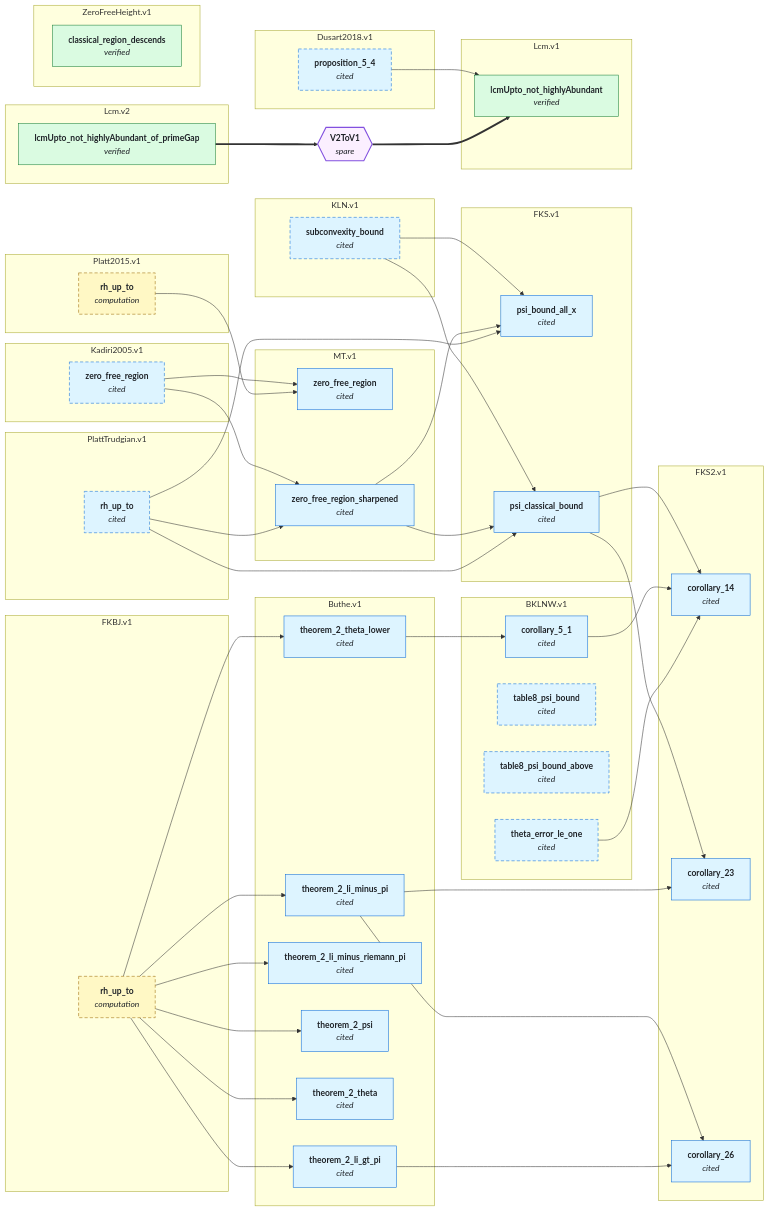
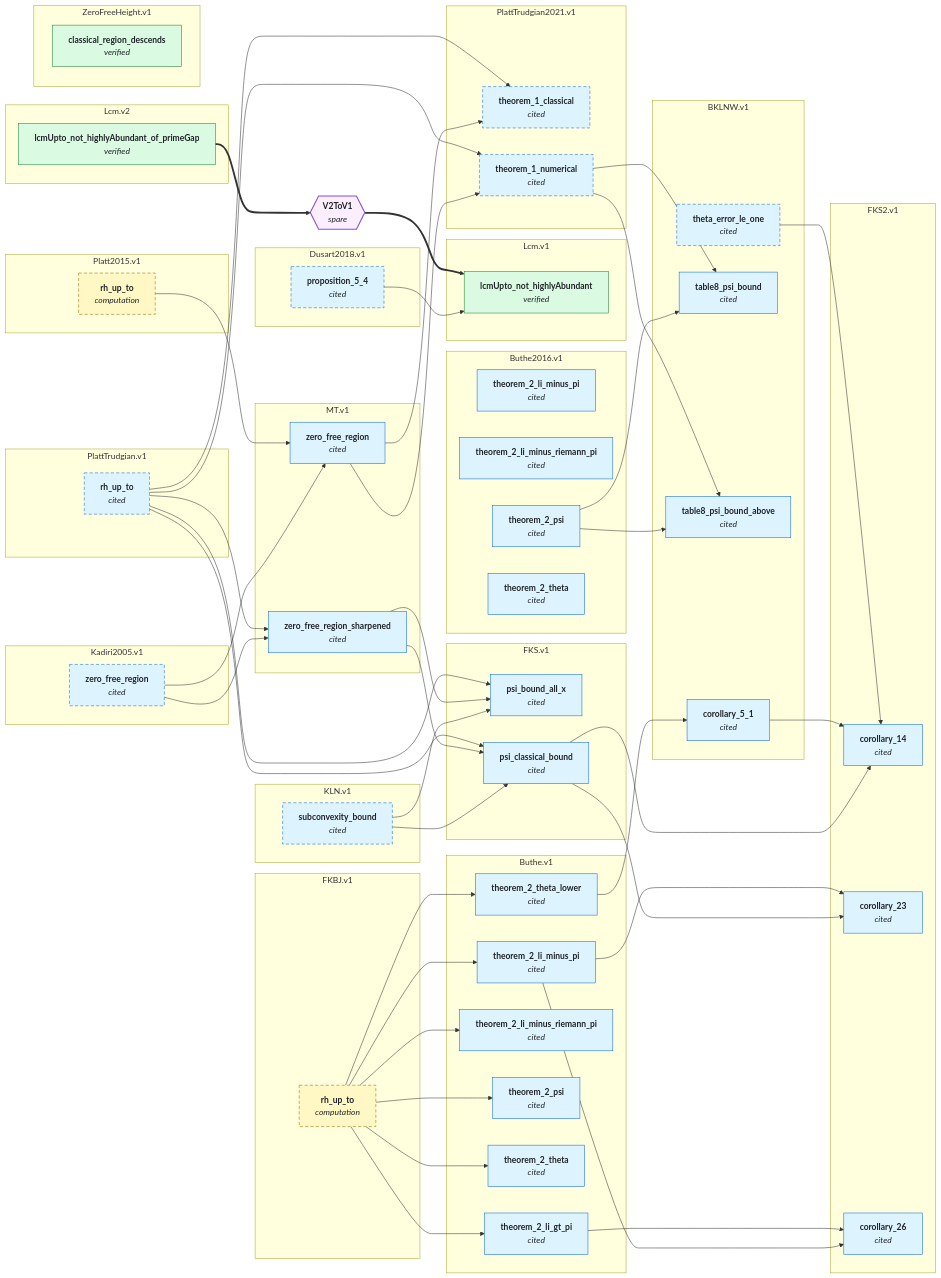
One commit to teorth/IEANTN changed the second of 2 diagrams in GRAPH.md. Above: the diagram before and after it, drawn with Mermaid. The commit also changed other lines of this file and 24 other files, not shown here.

First line of the commit message:
BKLNW: trace Table 8 to its sources, as two new nodes

````diff
--- a/GRAPH.md
+++ b/GRAPH.md
@@ -121,6 +130,12 @@
     Buthe_v1_theorem_2_psi["<b>theorem_2_psi</b><br/><i>cited</i>"]
     Buthe_v1_theorem_2_theta["<b>theorem_2_theta</b><br/><i>cited</i>"]
     Buthe_v1_theorem_2_theta_lower["<b>theorem_2_theta_lower</b><br/><i>cited</i>"]
+  end
+  subgraph sgButhe2016_v1["Buthe2016.v1"]
+    Buthe2016_v1_theorem_2_li_minus_pi["<b>theorem_2_li_minus_pi</b><br/><i>cited</i>"]
+    Buthe2016_v1_theorem_2_li_minus_riemann_pi["<b>theorem_2_li_minus_riemann_pi</b><br/><i>cited</i>"]
+    Buthe2016_v1_theorem_2_psi["<b>theorem_2_psi</b><br/><i>cited</i>"]
+    Buthe2016_v1_theorem_2_theta["<b>theorem_2_theta</b><br/><i>cited</i>"]
   end
   subgraph sgDusart2018_v1["Dusart2018.v1"]
     Dusart2018_v1_proposition_5_4["<b>proposition_5_4</b><br/><i>cited</i>"]
@@ -159,10 +174,18 @@
   subgraph sgPlattTrudgian_v1["PlattTrudgian.v1"]
     PlattTrudgian_v1_rh_up_to["<b>rh_up_to</b><br/><i>cited</i>"]
   end
+  subgraph sgPlattTrudgian2021_v1["PlattTrudgian2021.v1"]
+    PlattTrudgian2021_v1_theorem_1_classical["<b>theorem_1_classical</b><br/><i>cited</i>"]
+    PlattTrudgian2021_v1_theorem_1_numerical["<b>theorem_1_numerical</b><br/><i>cited</i>"]
+  end
   subgraph sgZeroFreeHeight_v1["ZeroFreeHeight.v1"]
     ZeroFreeHeight_v1_classical_region_descends["<b>classical_region_descends</b><br/><i>verified</i>"]
   end
   Buthe_v1_theorem_2_theta_lower --> BKLNW_v1_corollary_5_1
+  Buthe2016_v1_theorem_2_psi --> BKLNW_v1_table8_psi_bound
+  PlattTrudgian2021_v1_theorem_1_numerical --> BKLNW_v1_table8_psi_bound
+  Buthe2016_v1_theorem_2_psi --> BKLNW_v1_table8_psi_bound_above
+  PlattTrudgian2021_v1_theorem_1_numerical --> BKLNW_v1_table8_psi_bound_above
   FKBJ_v1_rh_up_to --> Buthe_v1_theorem_2_li_gt_pi
   FKBJ_v1_rh_up_to --> Buthe_v1_theorem_2_li_minus_pi
   FKBJ_v1_rh_up_to --> Buthe_v1_theorem_2_li_minus_riemann_pi
@@ -187,11 +210,13 @@
   Platt2015_v1_rh_up_to --> MT_v1_zero_free_region
   Kadiri2005_v1_zero_free_region --> MT_v1_zero_free_region_sharpened
   PlattTrudgian_v1_rh_up_to --> MT_v1_zero_free_region_sharpened
+  MT_v1_zero_free_region --> PlattTrudgian2021_v1_theorem_1_classical
+  PlattTrudgian_v1_rh_up_to --> PlattTrudgian2021_v1_theorem_1_classical
+  MT_v1_zero_free_region --> PlattTrudgian2021_v1_theorem_1_numerical
+  PlattTrudgian_v1_rh_up_to --> PlattTrudgian2021_v1_theorem_1_numerical
   BRLcm_v1_lcmUpto_not_highlyAbundant__bridge_from_v2{{"<b>V2ToV1</b><br/><i>spare</i>"}}
   Lcm_v2_lcmUpto_not_highlyAbundant_of_primeGap ==> BRLcm_v1_lcmUpto_not_highlyAbundant__bridge_from_v2
   BRLcm_v1_lcmUpto_not_highlyAbundant__bridge_from_v2 ==> Lcm_v1_lcmUpto_not_highlyAbundant
-  style BKLNW_v1_table8_psi_bound stroke-dasharray: 6 4;
-  style BKLNW_v1_table8_psi_bound_above stroke-dasharray: 6 4;
   style BKLNW_v1_theta_error_le_one stroke-dasharray: 6 4;
   style Dusart2018_v1_proposition_5_4 stroke-dasharray: 6 4;
   style FKBJ_v1_rh_up_to stroke-dasharray: 6 4;
@@ -199,6 +224,8 @@
   style Kadiri2005_v1_zero_free_region stroke-dasharray: 6 4;
   style Platt2015_v1_rh_up_to stroke-dasharray: 6 4;
   style PlattTrudgian_v1_rh_up_to stroke-dasharray: 6 4;
+  style PlattTrudgian2021_v1_theorem_1_classical stroke-dasharray: 6 4;
+  style PlattTrudgian2021_v1_theorem_1_numerical stroke-dasharray: 6 4;
   classDef lean_comparator fill:#dafbe1,stroke:#1a7f37,color:#1f2328;
   classDef numerical fill:#fff8c5,stroke:#9a6700,color:#1f2328;
   classDef literature fill:#ddf4ff,stroke:#0969da,color:#1f2328;
@@ -208,7 +235,7 @@
   classDef bridge fill:#fbefff,stroke:#8250df,color:#1f2328,stroke-width:2px;
   class BRLcm_v1_lcmUpto_not_highlyAbundant__bridge_from_v2 bridge;
   class Lcm_v1_lcmUpto_not_highlyAbundant,Lcm_v2_lcmUpto_not_highlyAbundant_of_primeGap,ZeroFreeHeight_v1_classical_region_descends lean_comparator;
-  class BKLNW_v1_corollary_5_1,BKLNW_v1_table8_psi_bound,BKLNW_v1_table8_psi_bound_above,BKLNW_v1_theta_error_le_one,Buthe_v1_theorem_2_li_gt_pi,Buthe_v1_theorem_2_li_minus_pi,Buthe_v1_theorem_2_li_minus_riemann_pi,Buthe_v1_theorem_2_psi,Buthe_v1_theorem_2_theta,Buthe_v1_theorem_2_theta_lower,Dusart2018_v1_proposition_5_4,FKS_v1_psi_bound_all_x,FKS_v1_psi_classical_bound,FKS2_v1_corollary_14,FKS2_v1_corollary_23,FKS2_v1_corollary_26,KLN_v1_subconvexity_bound,Kadiri2005_v1_zero_free_region,MT_v1_zero_free_region,MT_v1_zero_free_region_sharpened,PlattTrudgian_v1_rh_up_to literature;
+  class BKLNW_v1_corollary_5_1,BKLNW_v1_table8_psi_bound,BKLNW_v1_table8_psi_bound_above,BKLNW_v1_theta_error_le_one,Buthe_v1_theorem_2_li_gt_pi,Buthe_v1_theorem_2_li_minus_pi,Buthe_v1_theorem_2_li_minus_riemann_pi,Buthe_v1_theorem_2_psi,Buthe_v1_theorem_2_theta,Buthe_v1_theorem_2_theta_lower,Buthe2016_v1_theorem_2_li_minus_pi,Buthe2016_v1_theorem_2_li_minus_riemann_pi,Buthe2016_v1_theorem_2_psi,Buthe2016_v1_theorem_2_theta,Dusart2018_v1_proposition_5_4,FKS_v1_psi_bound_all_x,FKS_v1_psi_classical_bound,FKS2_v1_corollary_14,FKS2_v1_corollary_23,FKS2_v1_corollary_26,KLN_v1_subconvexity_bound,Kadiri2005_v1_zero_free_region,MT_v1_zero_free_region,MT_v1_zero_free_region_sharpened,PlattTrudgian_v1_rh_up_to,PlattTrudgian2021_v1_theorem_1_classical,PlattTrudgian2021_v1_theorem_1_numerical literature;
   class FKBJ_v1_rh_up_to,Platt2015_v1_rh_up_to numerical;
   click BKLNW_v1_corollary_5_1 href "https://github.com/teorth/IEANTN/blob/main/docs/nodes/BKLNW-v1.md#corollary_5_1" _blank
   click BKLNW_v1_table8_psi_bound href "https://github.com/teorth/IEANTN/blob/main/docs/nodes/BKLNW-v1.md#table8_psi_bound" _blank
@@ -220,6 +247,10 @@
   click Buthe_v1_theorem_2_psi href "https://github.com/teorth/IEANTN/blob/main/docs/nodes/Buthe-v1.md#theorem_2_psi" _blank
   click Buthe_v1_theorem_2_theta href "https://github.com/teorth/IEANTN/blob/main/docs/nodes/Buthe-v1.md#theorem_2_theta" _blank
   click Buthe_v1_theorem_2_theta_lower href "https://github.com/teorth/IEANTN/blob/main/docs/nodes/Buthe-v1.md#theorem_2_theta_lower" _blank
+  click Buthe2016_v1_theorem_2_li_minus_pi href "https://github.com/teorth/IEANTN/blob/main/docs/nodes/Buthe2016-v1.md#theorem_2_li_minus_pi" _blank
+  click Buthe2016_v1_theorem_2_li_minus_riemann_pi href "https://github.com/teorth/IEANTN/blob/main/docs/nodes/Buthe2016-v1.md#theorem_2_li_minus_riemann_pi" _blank
+  click Buthe2016_v1_theorem_2_psi href "https://github.com/teorth/IEANTN/blob/main/docs/nodes/Buthe2016-v1.md#theorem_2_psi" _blank
+  click Buthe2016_v1_theorem_2_theta href "https://github.com/teorth/IEANTN/blob/main/docs/nodes/Buthe2016-v1.md#theorem_2_theta" _blank
   click Dusart2018_v1_proposition_5_4 href "https://github.com/teorth/IEANTN/blob/main/docs/nodes/Dusart2018-v1.md#proposition_5_4" _blank
   click FKBJ_v1_rh_up_to href "https://github.com/teorth/IEANTN/blob/main/docs/nodes/FKBJ-v1.md#rh_up_to" _blank
   click FKS_v1_psi_bound_all_x href "https://github.com/teorth/IEANTN/blob/main/docs/nodes/FKS-v1.md#psi_bound_all_x" _blank
@@ -235,5 +266,7 @@
   click MT_v1_zero_free_region_sharpened href "https://github.com/teorth/IEANTN/blob/main/docs/nodes/MT-v1.md#zero_free_region_sharpened" _blank
   click Platt2015_v1_rh_up_to href "https://github.com/teorth/IEANTN/blob/main/docs/nodes/Platt2015-v1.md#rh_up_to" _blank
   click PlattTrudgian_v1_rh_up_to href "https://github.com/teorth/IEANTN/blob/main/docs/nodes/PlattTrudgian-v1.md#rh_up_to" _blank
+  click PlattTrudgian2021_v1_theorem_1_classical href "https://github.com/teorth/IEANTN/blob/main/docs/nodes/PlattTrudgian2021-v1.md#theorem_1_classical" _blank
+  click PlattTrudgian2021_v1_theorem_1_numerical href "https://github.com/teorth/IEANTN/blob/main/docs/nodes/PlattTrudgian2021-v1.md#theorem_1_numerical" _blank
   click ZeroFreeHeight_v1_classical_region_descends href "https://github.com/teorth/IEANTN/blob/main/docs/nodes/ZeroFreeHeight-v1.md#classical_region_descends" _blank
 ```
````
